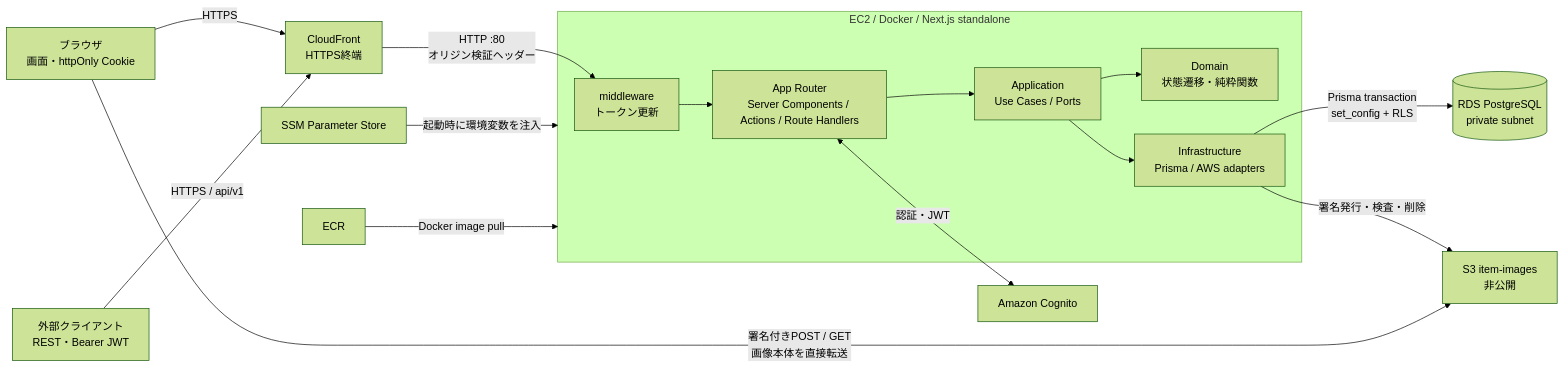
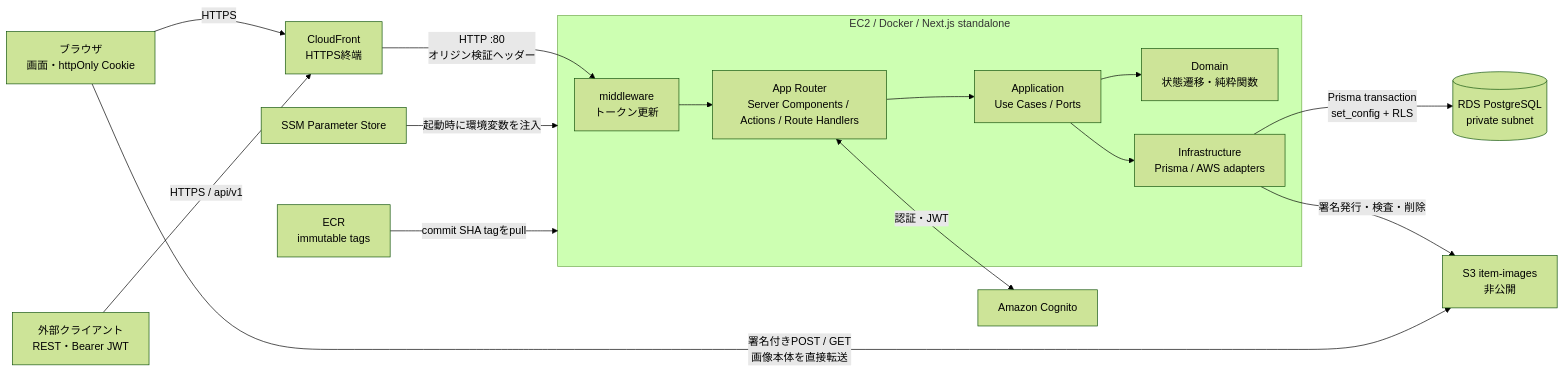
Before and after one commit to nanashi7c/mono-log_v0: the first of 3 diagrams in README.md, drawn with Mermaid (forest theme). The commit also changed other lines of this file and 6 other files, not shown here.

````diff
--- a/README.md
+++ b/README.md
@@ -39,27 +39,27 @@
 ```mermaid
 flowchart LR
     Browser["ブラウザ<br/>画面・httpOnly Cookie"]
     ApiClient["外部クライアント<br/>REST・Bearer JWT"]
     CF["CloudFront<br/>HTTPS終端"]
 
     subgraph Runtime["EC2 / Docker / Next.js standalone"]
         MW["middleware<br/>トークン更新"]
         Delivery["App Router<br/>Server Components / Actions / Route Handlers"]
         UseCase["Application<br/>Use Cases / Ports"]
         Domain["Domain<br/>状態遷移・純粋関数"]
         Infra["Infrastructure<br/>Prisma / AWS adapters"]
         MW --> Delivery --> UseCase
         UseCase --> Domain
         UseCase --> Infra
     end
 
     Browser -->|"HTTPS"| CF
     ApiClient -->|"HTTPS / api/v1"| CF
     CF -->|"HTTP :80<br/>オリジン検証ヘッダー"| MW
     Delivery <-->|"認証・JWT"| Cognito["Amazon Cognito"]
     Infra -->|"Prisma transaction<br/>set_config + RLS"| RDS[("RDS PostgreSQL<br/>private subnet")]
     Infra -->|"署名発行・検査・削除"| S3["S3 item-images<br/>非公開"]
     Browser -->|"署名付きPOST / GET<br/>画像本体を直接転送"| S3
     SSM["SSM Parameter Store"] -->|"起動時に環境変数を注入"| Runtime
-    ECR["ECR"] -->|"Docker image pull"| Runtime
+    ECR["ECR<br/>immutable tags"] -->|"commit SHA tagをpull"| Runtime
 ```
````
